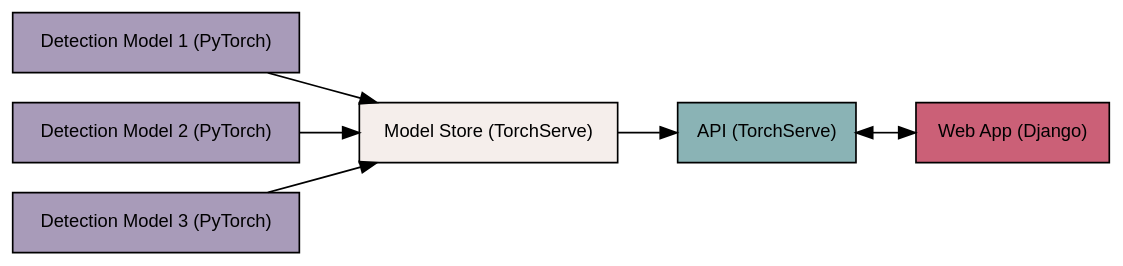
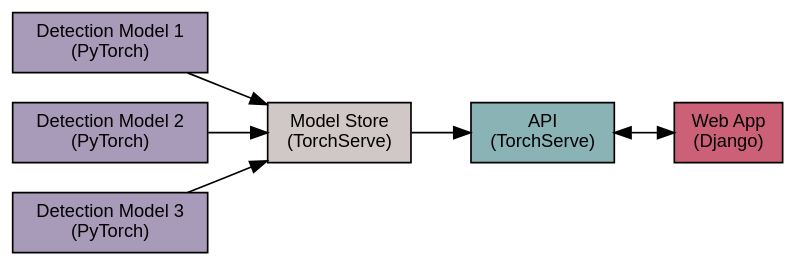
The diagram in docs/images/scancer-system-diagram.dot (scancer-org/api), drawn with Graphviz before and after one commit. The commit also changed 1 other file, not shown here.

Commit message:
Update the system diagram

```diff
--- a/docs/images/scancer-system-diagram.dot
+++ b/docs/images/scancer-system-diagram.dot
@@ -1,22 +1,22 @@
 digraph BreastCancerDiagnosis {
     bgcolor = "transparent";
     rankdir = "LR";
     node [shape=box, style=filled, fillcolor="#a89bb9"];
     compound=true;
     Graph [fontsize=11, fontname="helvetica"];
     node [fontsize=11, fontname="helvetica"];
     edge [fontname=11, fontname="helvetica"];
 
-    model_1 [label="Detection Model 1 (PyTorch)"];
-    model_2 [label="Detection Model 2 (PyTorch)"];
-    model_3 [label="Detection Model 3 (PyTorch)"];
-    model_store [label="Model Store (TorchServe)", fillcolor="#f5eeeb"];
-    api [label="API (TorchServe)", fillcolor="#8ab3b5"];
-    webapp [label="Web App (Django)", fillcolor="#cb6077"];
+    model_1 [label="Detection Model 1\n(PyTorch)"];
+    model_2 [label="Detection Model 2\n(PyTorch)"];
+    model_3 [label="Detection Model 3\n(PyTorch)"];
+    model_store [label="Model Store\n(TorchServe)", fillcolor="#d0c8c6"];
+    api [label="API\n(TorchServe)", fillcolor="#8ab3b5"];
+    webapp [label="Web App\n(Django)", fillcolor="#cb6077"];
 
     model_1 -> model_store;
     model_2 -> model_store;
     model_3 -> model_store;
     model_store -> api;
     api -> webapp [dir="both"];
 }
```
